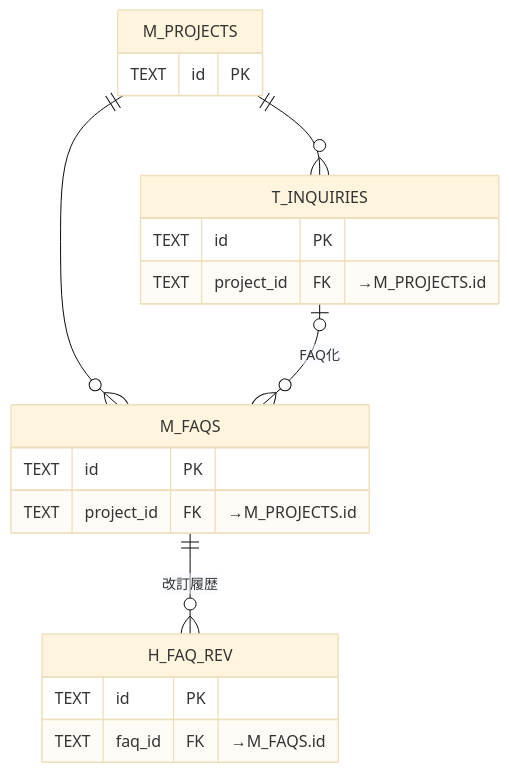
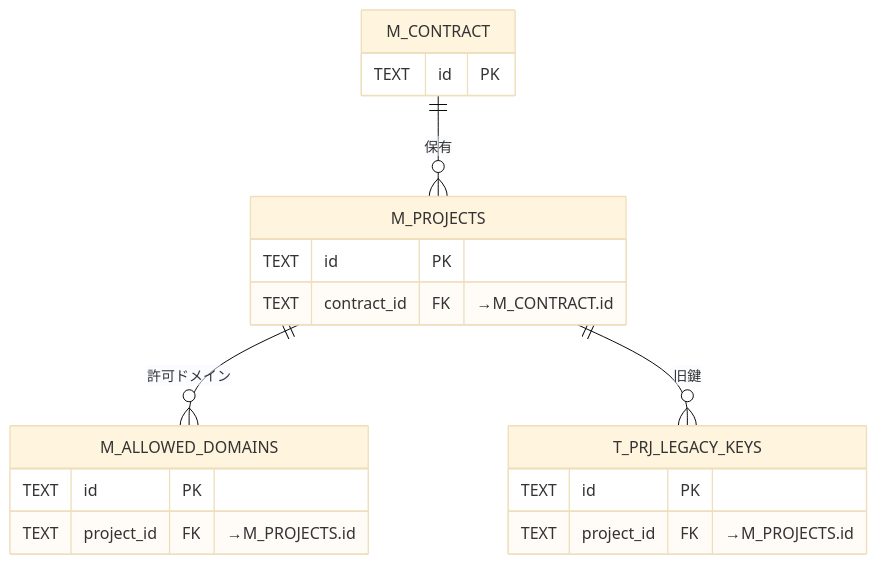
The fifth of 10 diagrams in 02_basic-design/03_database-design.md (sikakou54/open-faq), drawn with Mermaid (base theme) before and after one commit. The commit also changed other lines of this file and 162 other files, not shown here.

````diff
--- a/02_basic-design/03_database-design.md
+++ b/02_basic-design/03_database-design.md
@@ -192,14 +228,13 @@
 ```mermaid
 erDiagram
-  M_PROJECTS { TEXT id PK }
-  M_FAQS { TEXT id PK
+  M_CONTRACT { TEXT id PK }
+  M_PROJECTS { TEXT id PK
+    TEXT contract_id FK "→M_CONTRACT.id" }
+  M_ALLOWED_DOMAINS { TEXT id PK
     TEXT project_id FK "→M_PROJECTS.id" }
-  H_FAQ_REV { TEXT id PK
-    TEXT faq_id FK "→M_FAQS.id" }
-  T_INQUIRIES { TEXT id PK
+  T_PRJ_LEGACY_KEYS { TEXT id PK
     TEXT project_id FK "→M_PROJECTS.id" }
-  M_PROJECTS ||--o{ M_FAQS : ""
-  M_PROJECTS ||--o{ T_INQUIRIES : ""
-  M_FAQS ||--o{ H_FAQ_REV : "改訂履歴"
-  T_INQUIRIES |o--o{ M_FAQS : "FAQ化"
+  M_CONTRACT ||--o{ M_PROJECTS : "保有"
+  M_PROJECTS ||--o{ M_ALLOWED_DOMAINS : "許可ドメイン"
+  M_PROJECTS ||--o{ T_PRJ_LEGACY_KEYS : "旧鍵"
 ```
````
